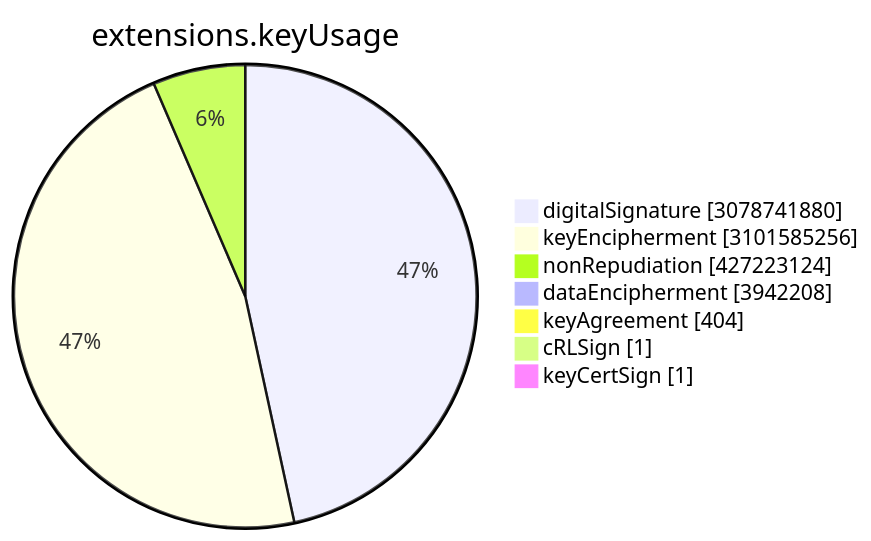
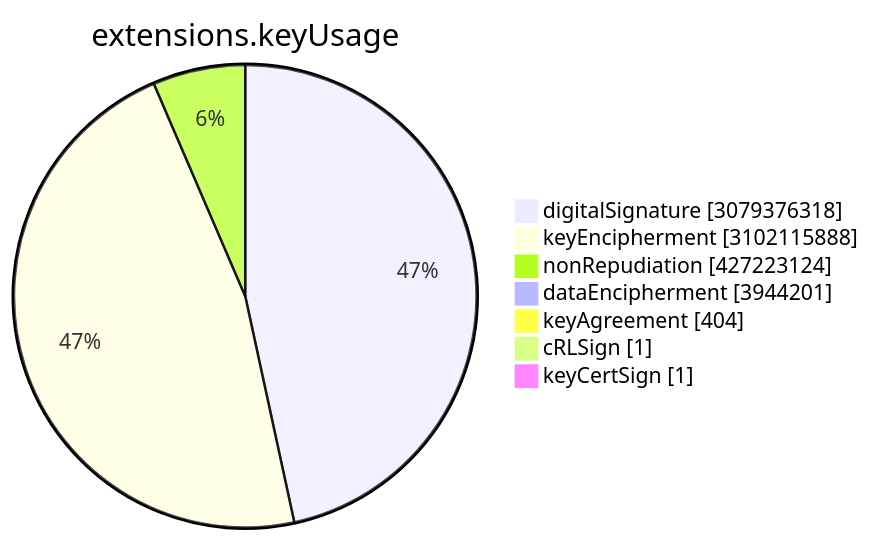
The sixth of 15 diagrams in TOTAL/README.md (christiankrug/ctmonitor_visualization), drawn with Mermaid before and after one commit. The commit also changed other lines of this file, not shown here.

````diff
--- a/TOTAL/README.md
+++ b/TOTAL/README.md
@@ -3077,11 +3077,11 @@
 ```mermaid
 pie showData
 title extensions.keyUsage
-"digitalSignature" :3078741880
-"keyEncipherment" :3101585256
+"digitalSignature" :3079376318
+"keyEncipherment" :3102115888
 "nonRepudiation" :427223124
-"dataEncipherment" :3942208
+"dataEncipherment" :3944201
 "keyAgreement" :404
 "cRLSign" :1
 "keyCertSign" :1
 ```
````
